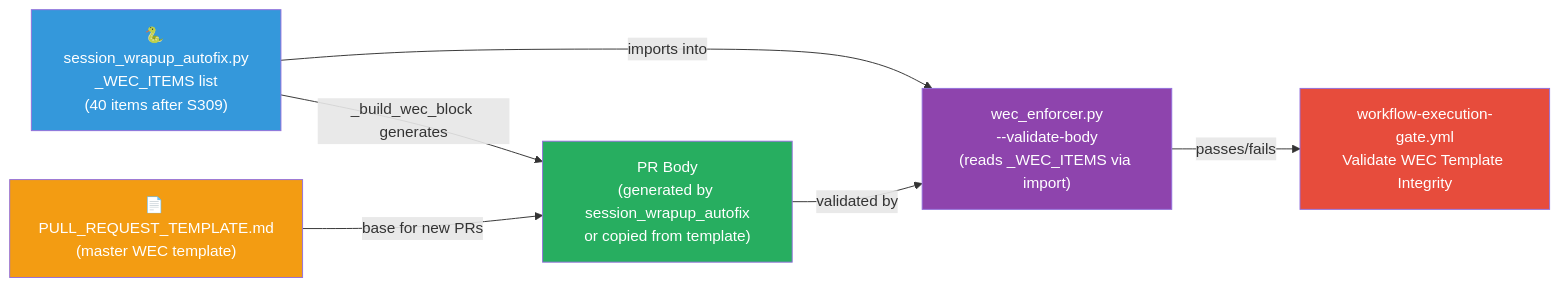
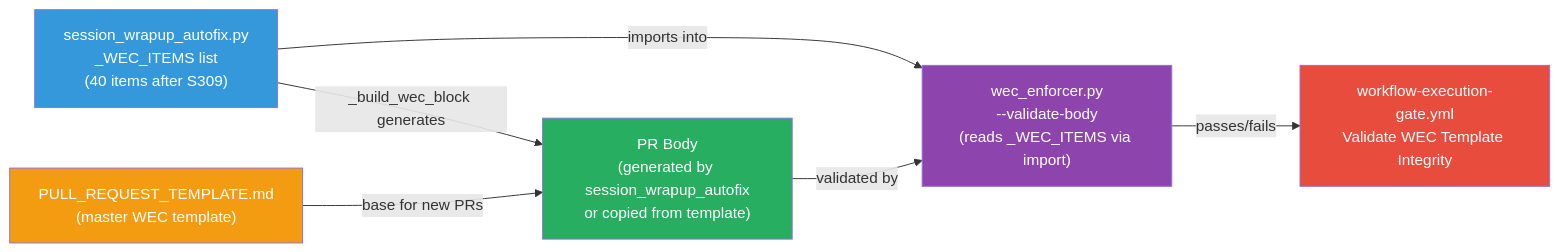
Diagram 14 of 14 in docs/ci/PR_LIFECYCLE.md (Aries-Serpent/_codex_), drawn with Mermaid before and after one commit. The commit also changed other lines of this file and 4117 other files, not shown here.

````diff
--- a/docs/ci/PR_LIFECYCLE.md
+++ b/docs/ci/PR_LIFECYCLE.md
@@ -2851,21 +3016,26 @@
 ```mermaid
-%%{init: {'accessibility': {'title': 'Flowchart showing "📄 PULL_REQUEST_TEMPLATE.md<br/>(master WEC template)", "🐍 session_wrapup_autofix.py<br/>_WEC_ITEMS list<br/>(40 items after S309)"'}}%%
+%%{init: {'accessibility': {'title': 'Flowchart showing " PULL_REQUEST_TEMPLATE.md<br/>(master WEC template)", " session_wrapup_autofix.py<br/>_WEC_ITEMS list<br/>(40 items after S309)"'}}%%
+
 graph LR
-    T["📄 PULL_REQUEST_TEMPLATE.md<br/>(master WEC template)"]
-    S["🐍 session_wrapup_autofix.py<br/>_WEC_ITEMS list<br/>(40 items after S309)"]
-    E[" wec_enforcer.py<br/>--validate-body<br/>(reads _WEC_ITEMS via import)"]
-    P[" PR Body<br/>(generated by session_wrapup_autofix<br/>or copied from template)"]
-    G[" workflow-execution-gate.yml<br/>Validate WEC Template Integrity"]
+ T[" PULL_REQUEST_TEMPLATE.md<br/>(master WEC template)"]
+ S[" session_wrapup_autofix.py<br/>_WEC_ITEMS list<br/>(40 items after S309)"]
+ E[" wec_enforcer.py<br/>--validate-body<br/>(reads _WEC_ITEMS via import)"]
+ P[" PR Body<br/>(generated by session_wrapup_autofix<br/>or copied from template)"]
+ G[" workflow-execution-gate.yml<br/>Validate WEC Template Integrity"]
 
-    S -->|imports into| E
-    S -->|_build_wec_block generates| P
-    T -->|base for new PRs| P
-    P -->|validated by| E
-    E -->|passes/fails| G
+ S -->|imports into| E
 
-    style T fill:#f39c12,color:#fff
-    style S fill:#3498db,color:#fff
-    style E fill:#8e44ad,color:#fff
-    style P fill:#27ae60,color:#fff
-    style G fill:#e74c3c,color:#fff
+ S -->|_build_wec_block generates| P
+
+ T -->|base for new PRs| P
+
+ P -->|validated by| E
+
+ E -->|passes/fails| G
+
+ style T fill:#f39c12,color:#fff
+ style S fill:#3498db,color:#fff
+ style E fill:#8e44ad,color:#fff
+ style P fill:#27ae60,color:#fff
+ style G fill:#e74c3c,color:#fff
 ```
````
